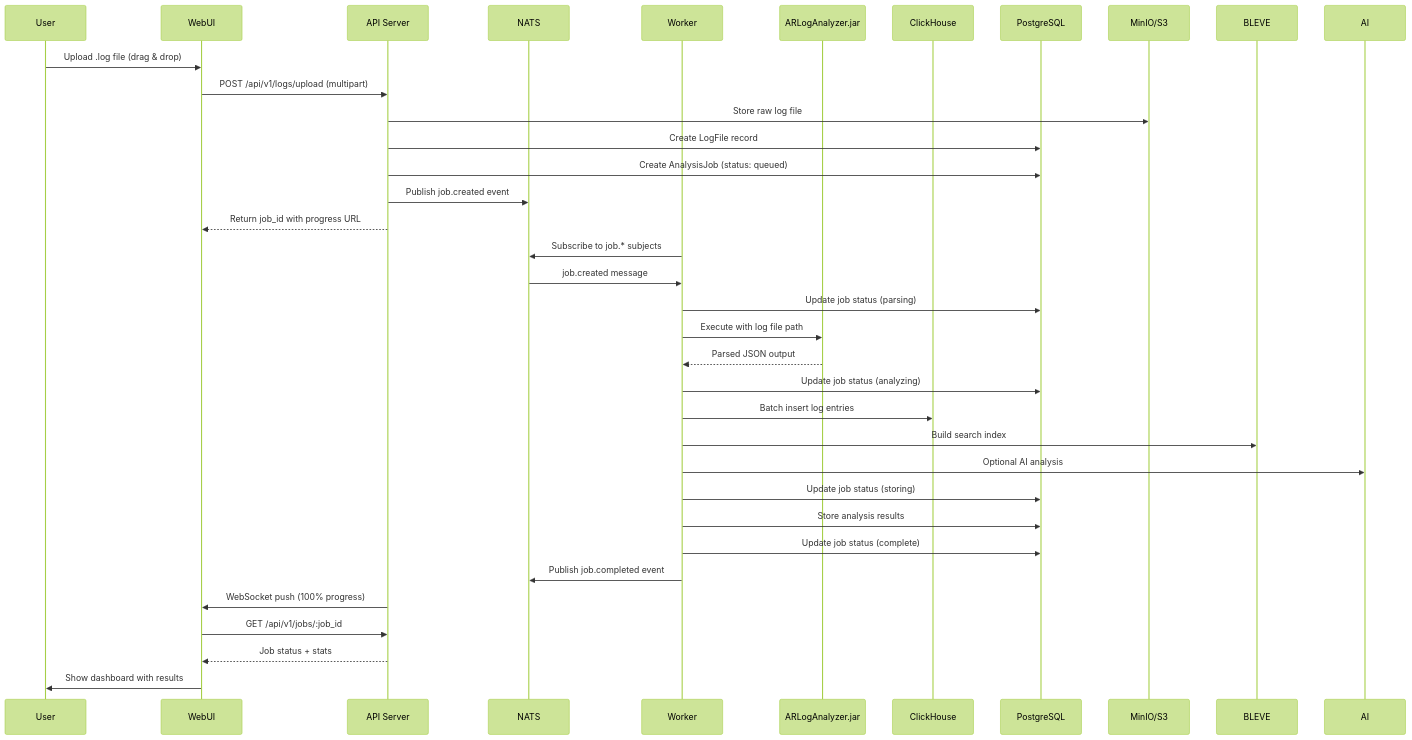
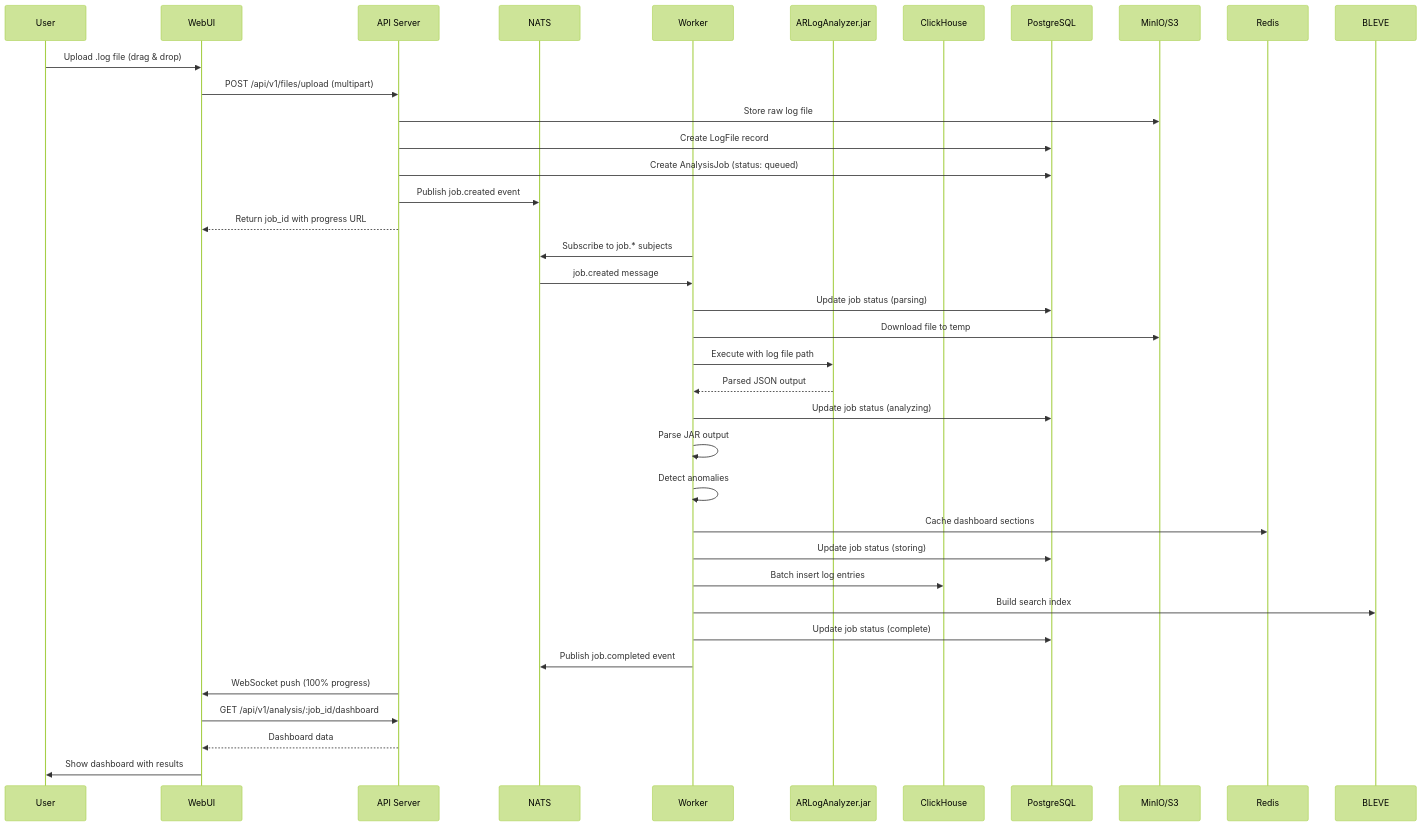
The second of 8 diagrams in docs/diagrams/architecture.md (OmarEhab007/RemedyIQ), drawn with Mermaid (forest theme) before and after one commit. The commit also changed other lines of this file and 125 other files, not shown here.

First line of the commit message:
feat: EKS containerization with Helm charts, CI/CD pipelines, and snappy fix (#12)

````diff
--- a/docs/diagrams/architecture.md
+++ b/docs/diagrams/architecture.md
@@ -80,43 +85,46 @@
 ```mermaid
 sequenceDiagram
     participant User
     participant WebUI
     participant API as API Server
     participant NATS
     participant Worker
     participant JAR as ARLogAnalyzer.jar
     participant CH as ClickHouse
     participant PG as PostgreSQL
     participant S3 as MinIO/S3
+    participant Redis
     
     User->>WebUI: Upload .log file (drag & drop)
-    WebUI->>API: POST /api/v1/logs/upload (multipart)
+    WebUI->>API: POST /api/v1/files/upload (multipart)
     API->>S3: Store raw log file
     API->>PG: Create LogFile record
     API->>PG: Create AnalysisJob (status: queued)
     API->>NATS: Publish job.created event
     API-->>WebUI: Return job_id with progress URL
     
     Worker->>NATS: Subscribe to job.* subjects
     NATS->>Worker: job.created message
     
     Worker->>PG: Update job status (parsing)
+    Worker->>S3: Download file to temp
     Worker->>JAR: Execute with log file path
     JAR-->>Worker: Parsed JSON output
     
     Worker->>PG: Update job status (analyzing)
+    Worker->>Worker: Parse JAR output
+    Worker->>Worker: Detect anomalies
+    Worker->>Redis: Cache dashboard sections
+    
+    Worker->>PG: Update job status (storing)
     Worker->>CH: Batch insert log entries
     Worker->>BLEVE: Build search index
-    Worker->>AI: Optional AI analysis
-    
-    Worker->>PG: Update job status (storing)
-    Worker->>PG: Store analysis results
     
     Worker->>PG: Update job status (complete)
     Worker->>NATS: Publish job.completed event
     API->>WebUI: WebSocket push (100% progress)
     
-    WebUI->>API: GET /api/v1/jobs/:job_id
-    API-->>WebUI: Job status + stats
+    WebUI->>API: GET /api/v1/analysis/:job_id/dashboard
+    API-->>WebUI: Dashboard data
     WebUI->>User: Show dashboard with results
 ```
````
